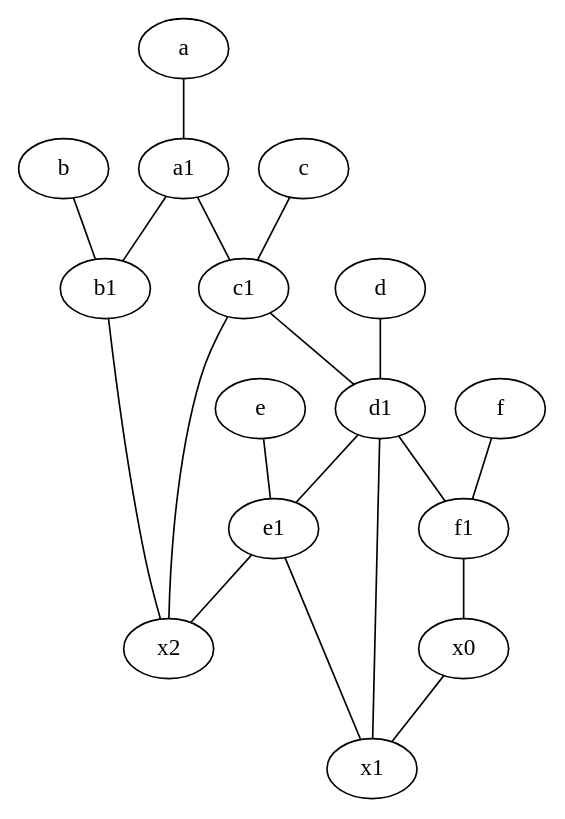
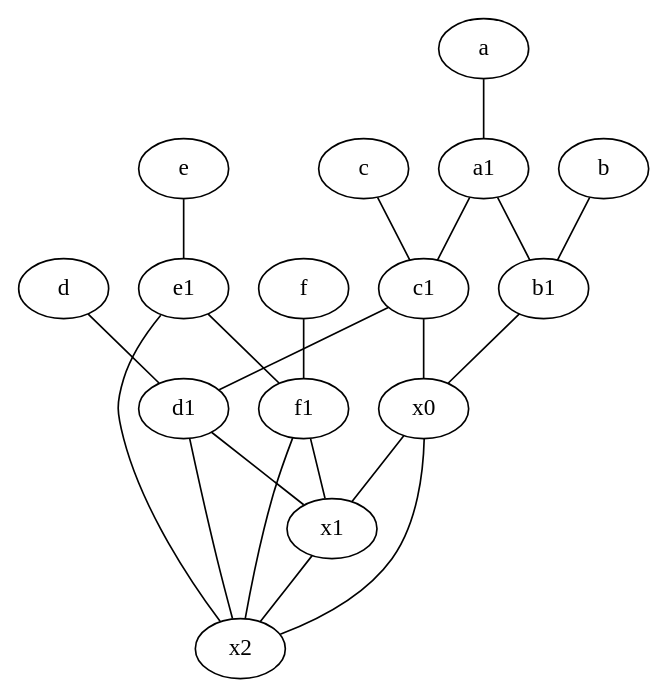
The diagram in results_psm_dist/6et1/inf.dot (anisabnis/graph_inference), drawn with Graphviz before and after one commit. The commit also changed 156 other files, not shown here.

```diff
--- a/results_psm_dist/6et1/inf.dot
+++ b/results_psm_dist/6et1/inf.dot
@@ -1,36 +1,38 @@
 graph {
 	node [labelfontsize=50]
+	e1 [labelfontsize=50 pos="7,7!"]
+	b1 [labelfontsize=50 pos="9,4!"]
 	e [labelfontsize=50 pos="7,9!"]
+	f [labelfontsize=50 pos="3,9!"]
+	d [labelfontsize=50 pos="2,5!"]
+	a [labelfontsize=50 pos="8,2!"]
+	x2 [labelfontsize=50]
+	d1 [labelfontsize=50 pos="3,5!"]
+	c [labelfontsize=50 pos="4.5,2!"]
+	x1 [labelfontsize=50]
+	b [labelfontsize=50 pos="10,4!"]
+	f1 [labelfontsize=50 pos="3,8!"]
 	x0 [labelfontsize=50]
-	d1 [labelfontsize=50 pos="3,5!"]
-	x2 [labelfontsize=50]
-	x1 [labelfontsize=50]
-	f1 [labelfontsize=50 pos="3,8!"]
-	d [labelfontsize=50 pos="2,5!"]
-	b1 [labelfontsize=50 pos="9,4!"]
-	e1 [labelfontsize=50 pos="7,7!"]
-	b [labelfontsize=50 pos="10,4!"]
-	f [labelfontsize=50 pos="3,9!"]
-	a [labelfontsize=50 pos="8,2!"]
+	c1 [labelfontsize=50 pos="4.5,3!"]
 	a1 [labelfontsize=50 pos="8,3!"]
-	c [labelfontsize=50 pos="4.5,2!"]
-	c1 [labelfontsize=50 pos="4.5,3!"]
-	d1 -- f1
-	e1 -- x1
+	e -- e1
+	e1 -- f1
+	b -- b1
+	c1 -- d1
+	b1 -- x0
+	e1 -- x2
+	d1 -- x1
+	c1 -- x0
+	f -- f1
+	d -- d1
+	x1 -- x2
+	f1 -- x2
+	d1 -- x2
+	x0 -- x2
+	x0 -- x1
+	a1 -- c1
+	a -- a1
+	f1 -- x1
 	c -- c1
-	x0 -- x1
-	d1 -- e1
 	a1 -- b1
-	c1 -- x2
-	d1 -- x1
-	d -- d1
-	f -- f1
-	b -- b1
-	a -- a1
-	e1 -- x2
-	b1 -- x2
-	a1 -- c1
-	f1 -- x0
-	e -- e1
-	c1 -- d1
 }
```
